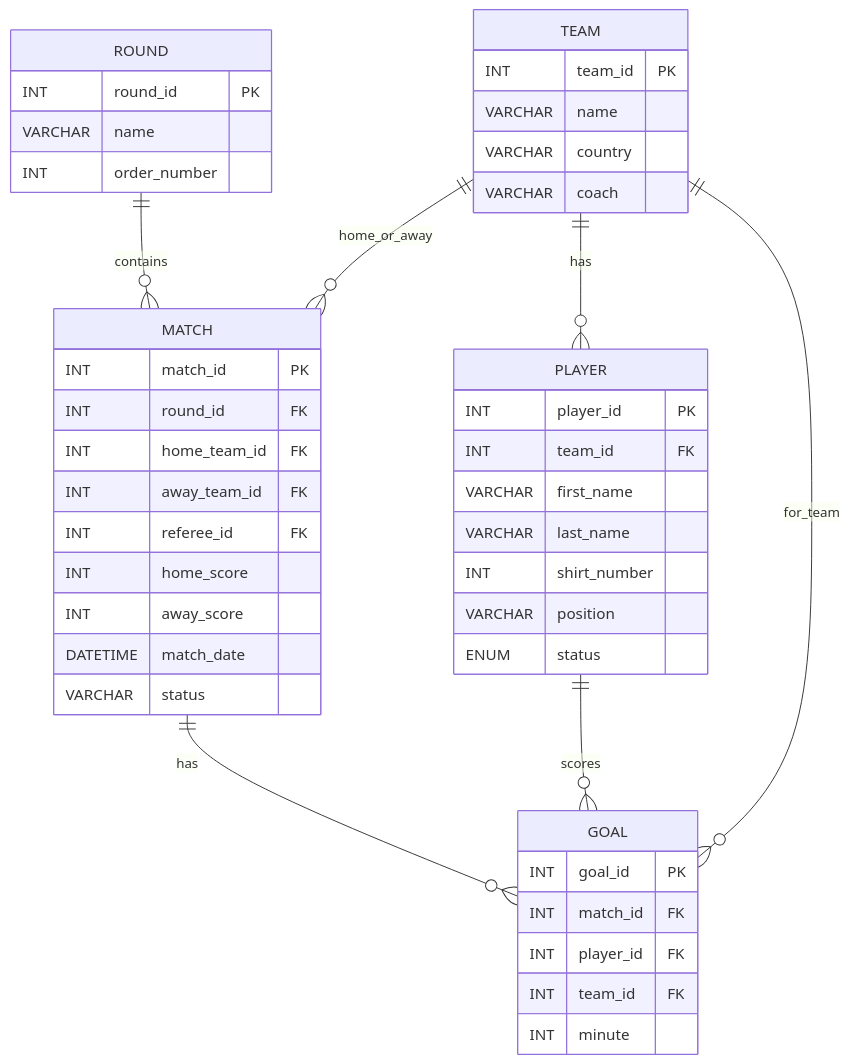
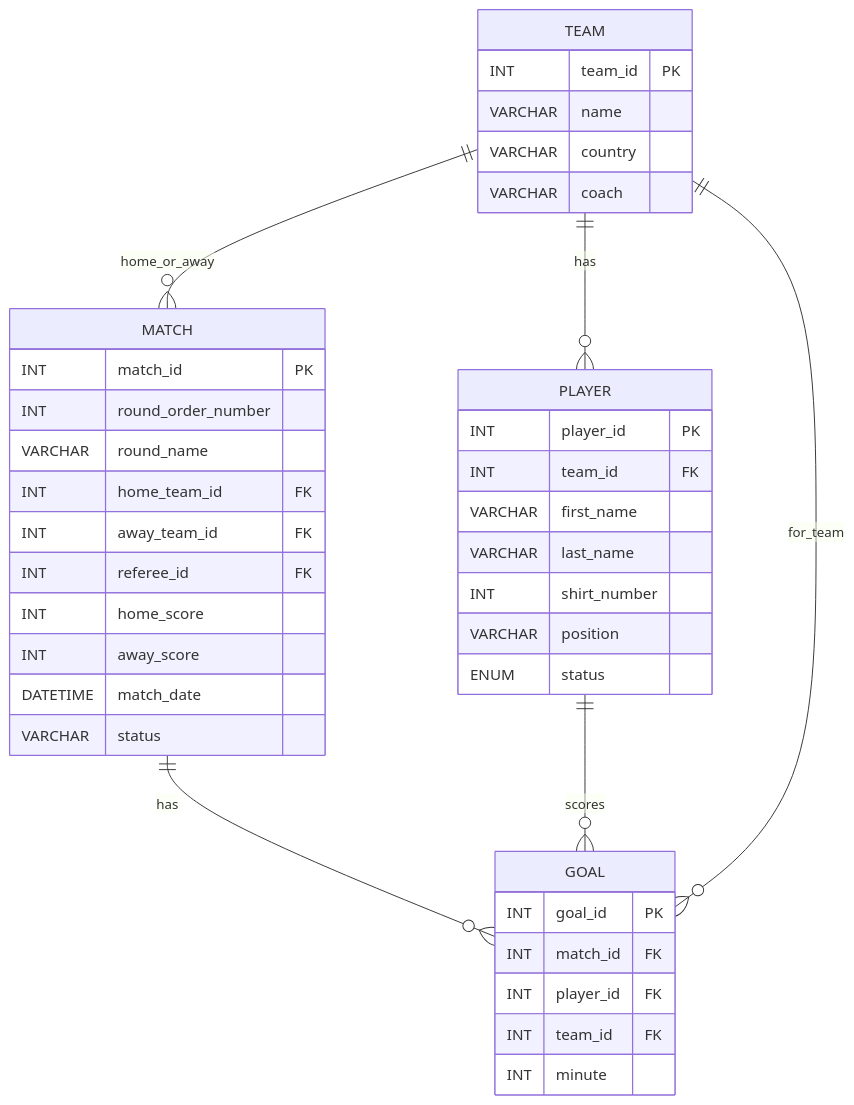
The third of 3 diagrams in analysis/project_schema.md (sanderkerkhofs/worldcup-manager-2026), drawn with Mermaid before and after one commit. The commit also changed other lines of this file and 41 other files, not shown here.

````diff
--- a/analysis/project_schema.md
+++ b/analysis/project_schema.md
@@ -141,52 +129,46 @@
 ```mermaid
 erDiagram
   TEAM {
     INT team_id PK
     VARCHAR name
     VARCHAR country
     VARCHAR coach
   }
 
-  ROUND {
-    INT round_id PK
-    VARCHAR name
-    INT order_number
-  }
-
   MATCH {
     INT match_id PK
-    INT round_id FK
+    INT round_order_number
+    VARCHAR round_name
     INT home_team_id FK
     INT away_team_id FK
     INT referee_id FK
     INT home_score
     INT away_score
     DATETIME match_date
     VARCHAR status
   }
 
   PLAYER {
     INT player_id PK
     INT team_id FK
     VARCHAR first_name
     VARCHAR last_name
     INT shirt_number
     VARCHAR position
     ENUM status
   }
 
   GOAL {
     INT goal_id PK
     INT match_id FK
     INT player_id FK
     INT team_id FK
     INT minute
   }
 
-  ROUND ||--o{ MATCH : contains
   TEAM ||--o{ PLAYER : has
   MATCH ||--o{ GOAL : has
   PLAYER ||--o{ GOAL : scores
   TEAM ||--o{ GOAL : for_team
   TEAM ||--o{ MATCH : home_or_away
 ```
````
